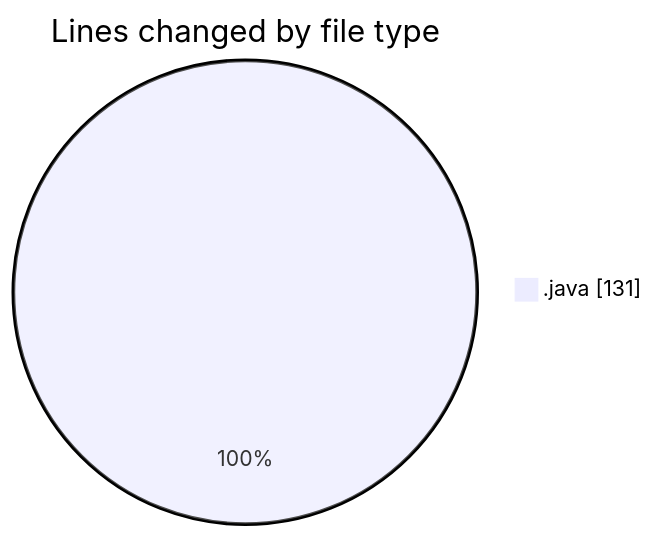
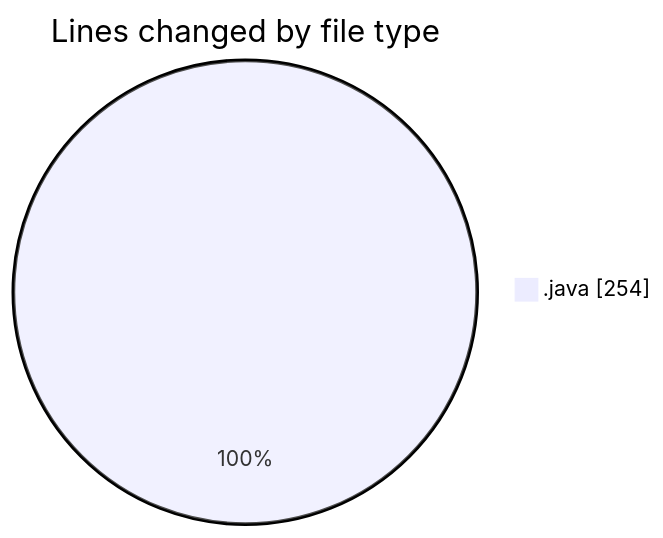
The first of 2 diagrams in 2025-05-27/minisocialnetwork/README.md (NitaiMahat/code-tracking), drawn with Mermaid before and after one commit. The commit also changed other lines of this file and 1 other file, not shown here.

````diff
--- a/2025-05-27/minisocialnetwork/README.md
+++ b/2025-05-27/minisocialnetwork/README.md
@@ -25,5 +29,5 @@
 ```mermaid
 pie showData
 title Lines changed by file type
-".java" : 131
+".java" : 254
 ```
````
